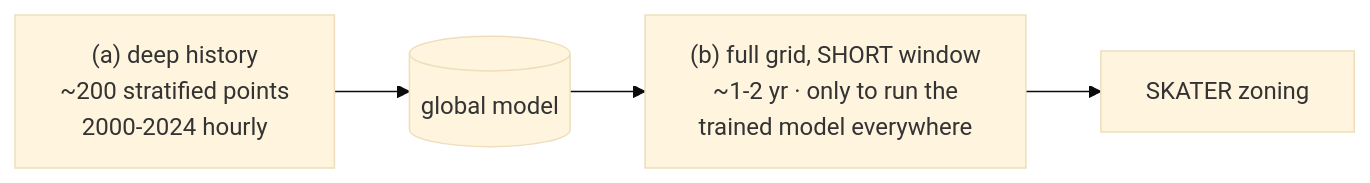
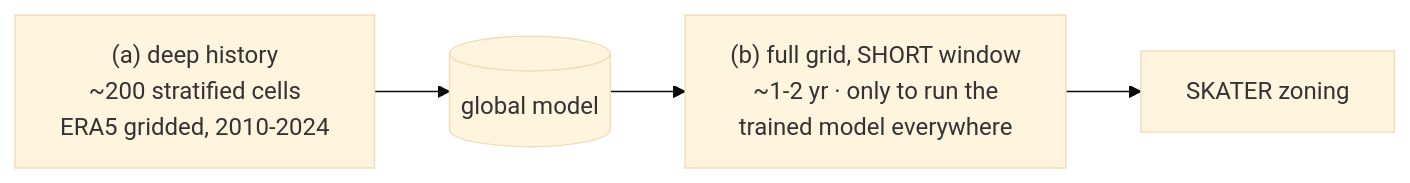
The ninth of 9 diagrams in pod-ml/docs/02-design-decisions.md (QuickWaller/hiking-weather-pod), drawn with Mermaid (base theme) before and after one commit. The commit also changed other lines of this file and 17 other files, not shown here.

````diff
--- a/pod-ml/docs/02-design-decisions.md
+++ b/pod-ml/docs/02-design-decisions.md
@@ -204,6 +204,6 @@
 ```mermaid
 flowchart LR
-    A["(a) deep history<br/>~200 stratified points<br/>2000-2024 hourly"] --> M[("global model")]
+    A["(a) deep history<br/>~200 stratified cells<br/>ERA5 gridded, 2010-2024"] --> M[("global model")]
     M --> B["(b) full grid, SHORT window<br/>~1-2 yr · only to run the<br/>trained model everywhere"]
     B --> Z["SKATER zoning"]
 ```
````
